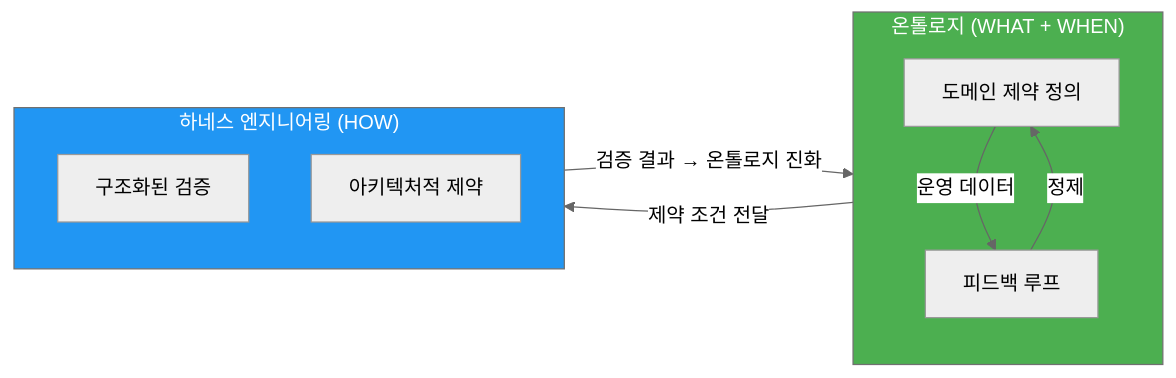
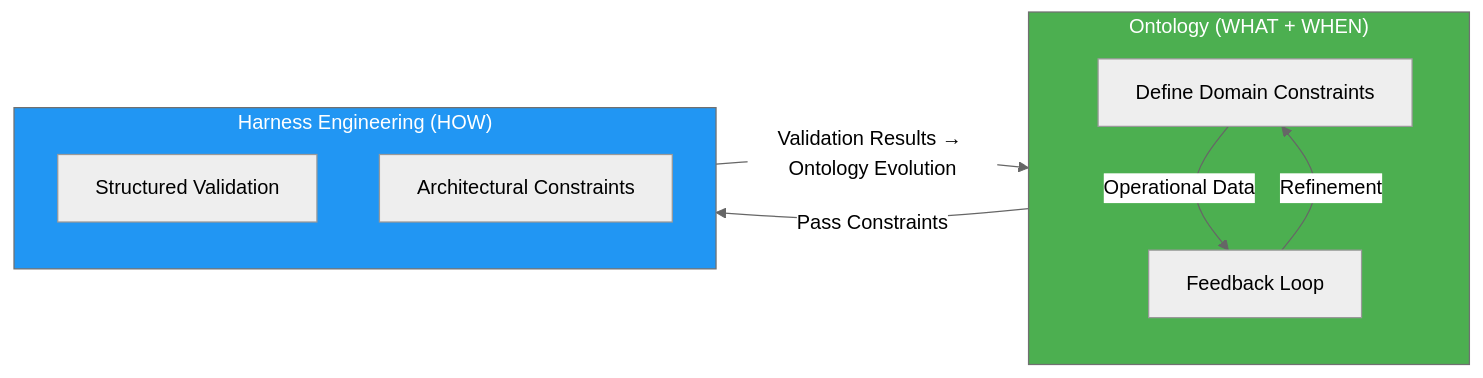
The first of 3 diagrams in docs/aidlc/methodology/harness-engineering.md (devfloor9/engineering-playbook), drawn with Mermaid (neutral theme) before and after one commit. The commit also changed other lines of this file and 954 other files, not shown here.

````diff
--- a/docs/aidlc/methodology/harness-engineering.md
+++ b/docs/aidlc/methodology/harness-engineering.md
@@ -38,20 +34,20 @@
 ```mermaid
 graph LR
-    subgraph Ontology["온톨로지 (WHAT + WHEN)"]
-        DEF["도메인 제약 정의"]
-        FB["피드백 루프"]
-        DEF -->|"운영 데이터"| FB
-        FB -->|"정제"| DEF
+    subgraph Ontology["Ontology (WHAT + WHEN)"]
+        DEF["Define Domain Constraints"]
+        FB["Feedback Loop"]
+        DEF -->|"Operational Data"| FB
+        FB -->|"Refinement"| DEF
     end
 
-    subgraph Harness["하네스 엔지니어링 (HOW)"]
-        VAL["구조화된 검증"]
-        ARCH["아키텍처적 제약"]
+    subgraph Harness["Harness Engineering (HOW)"]
+        VAL["Structured Validation"]
+        ARCH["Architectural Constraints"]
     end
 
-    Ontology -->|"제약 조건 전달"| Harness
-    Harness -->|"검증 결과 → 온톨로지 진화"| Ontology
+    Ontology -->|"Pass Constraints"| Harness
+    Harness -->|"Validation Results → Ontology Evolution"| Ontology
 
     style Ontology fill:#4caf50,color:#fff
     style Harness fill:#2196f3,color:#fff
 ```
````
